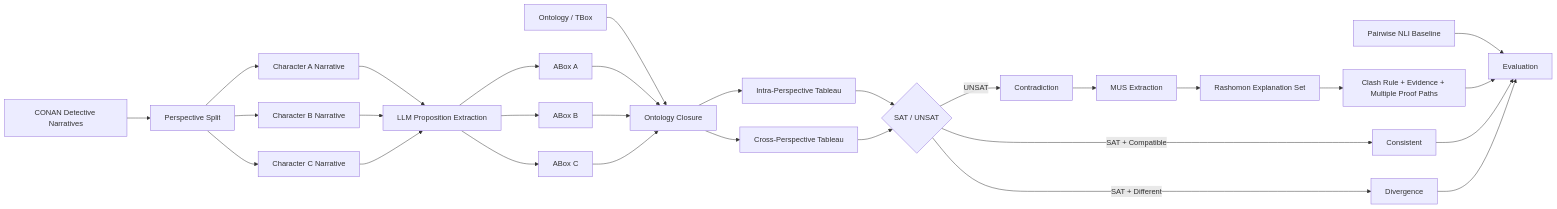
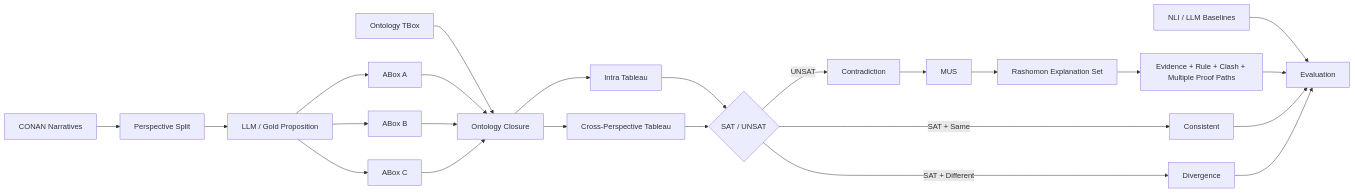
The diagram in README.md (dooyoung94/ontolgoy-Rashomon-Tableau), drawn with Mermaid before and after one commit. The commit also changed other lines of this file, not shown here.

````diff
--- a/README.md
+++ b/README.md
@@ -86,40 +73,26 @@
 ```mermaid
 flowchart LR
-    A[CONAN Detective Narratives] --> B[Perspective Split]
-
-    B --> B1[Character A Narrative]
-    B --> B2[Character B Narrative]
-    B --> B3[Character C Narrative]
-
-    B1 --> C[LLM Proposition Extraction]
-    B2 --> C
-    B3 --> C
-
+    A[CONAN Narratives] --> B[Perspective Split]
+    B --> C[LLM / Gold Proposition]
     C --> D1[ABox A]
     C --> D2[ABox B]
     C --> D3[ABox C]
-
-    T[Ontology / TBox] --> E[Ontology Closure]
+    T[Ontology TBox] --> E[Ontology Closure]
     D1 --> E
     D2 --> E
     D3 --> E
-
-    E --> F1[Intra-Perspective Tableau]
+    E --> F1[Intra Tableau]
     E --> F2[Cross-Perspective Tableau]
-
     F1 --> G{SAT / UNSAT}
     F2 --> G
-
-    G -->|SAT + Different| H[Divergence]
-    G -->|SAT + Compatible| I[Consistent]
+    G -->|SAT + Same| H[Consistent]
+    G -->|SAT + Different| I[Divergence]
     G -->|UNSAT| J[Contradiction]
-
-    J --> K[MUS Extraction]
+    J --> K[MUS]
     K --> L[Rashomon Explanation Set]
-    L --> M[Clash Rule + Evidence + Multiple Proof Paths]
-
-    N[Pairwise NLI Baseline] --> O[Evaluation]
+    L --> M[Evidence + Rule + Clash + Multiple Proof Paths]
+    N[NLI / LLM Baselines] --> O[Evaluation]
     M --> O
+    H --> O
     I --> O
-    H --> O
 ```
````
